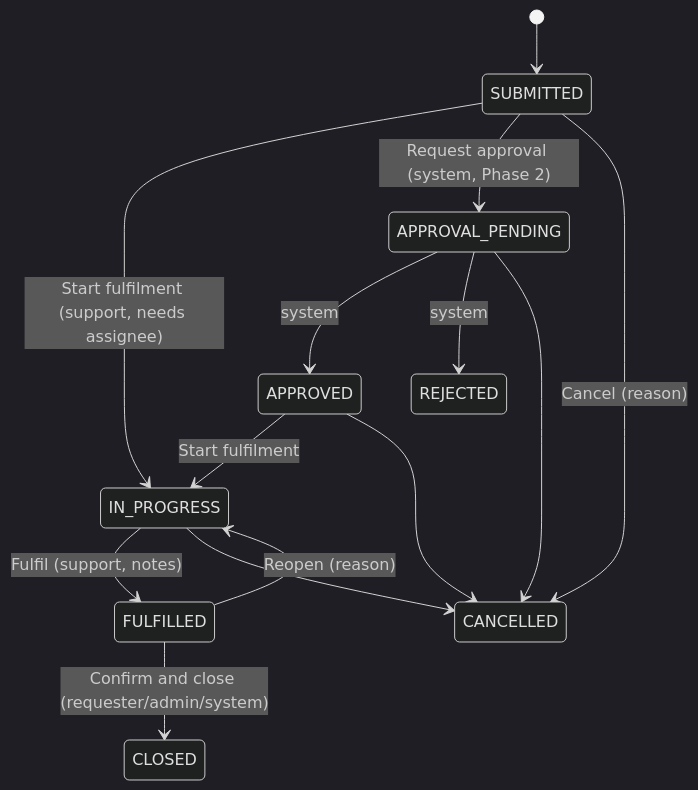
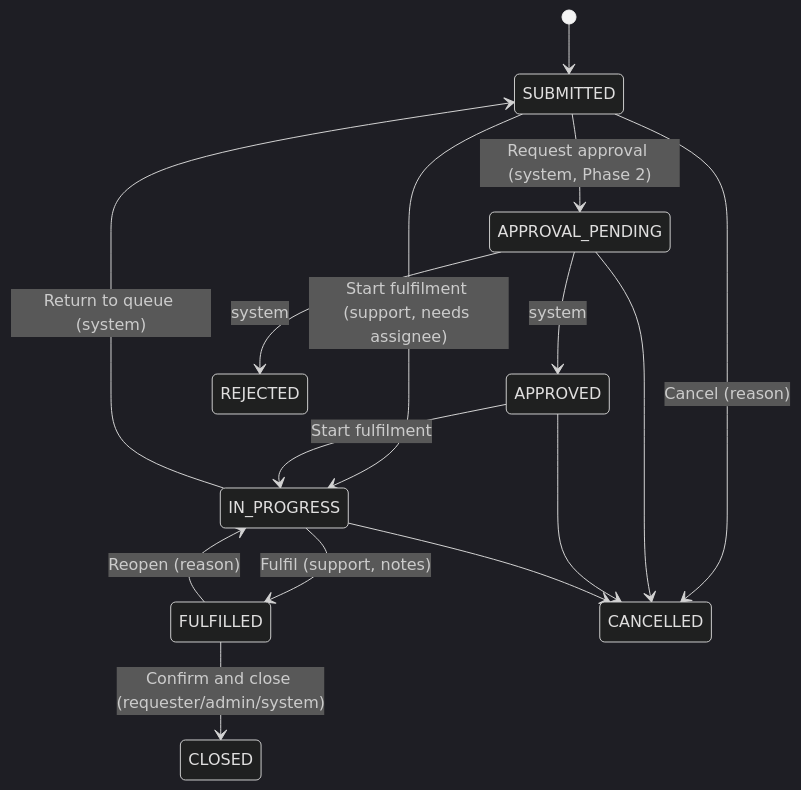
Before and after one commit to Adebozz/enterprise-service-management: the fifth of 5 diagrams in docs/architecture.md, drawn with Mermaid (dark theme). The commit also changed other lines of this file and 28 other files, not shown here.

````diff
--- a/docs/architecture.md
+++ b/docs/architecture.md
@@ -204,16 +213,17 @@
 ```mermaid
 stateDiagram-v2
     [*] --> SUBMITTED
     SUBMITTED --> IN_PROGRESS: Start fulfilment (support, needs assignee)
     SUBMITTED --> APPROVAL_PENDING: Request approval (system, Phase 2)
     APPROVAL_PENDING --> APPROVED: system
     APPROVAL_PENDING --> REJECTED: system
     APPROVED --> IN_PROGRESS: Start fulfilment
     IN_PROGRESS --> FULFILLED: Fulfil (support, notes)
+    IN_PROGRESS --> SUBMITTED: Return to queue (system)
     FULFILLED --> IN_PROGRESS: Reopen (reason)
     FULFILLED --> CLOSED: Confirm and close (requester/admin/system)
     SUBMITTED --> CANCELLED: Cancel (reason)
     APPROVAL_PENDING --> CANCELLED
     APPROVED --> CANCELLED
     IN_PROGRESS --> CANCELLED
 ```
````
